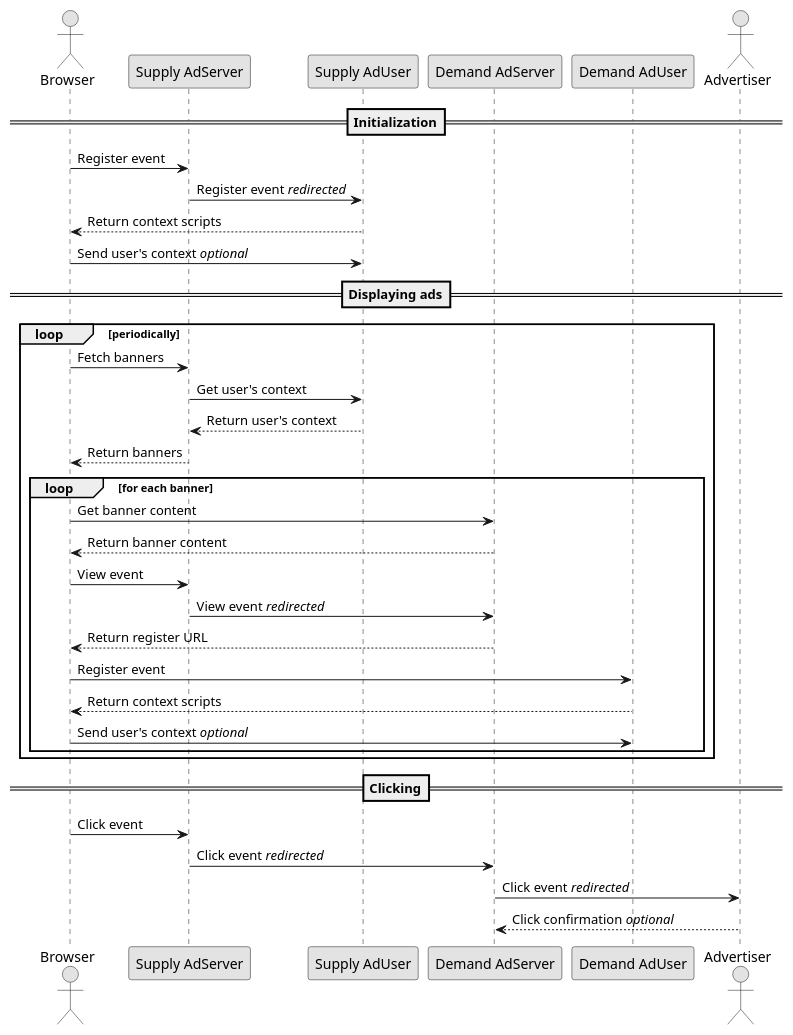
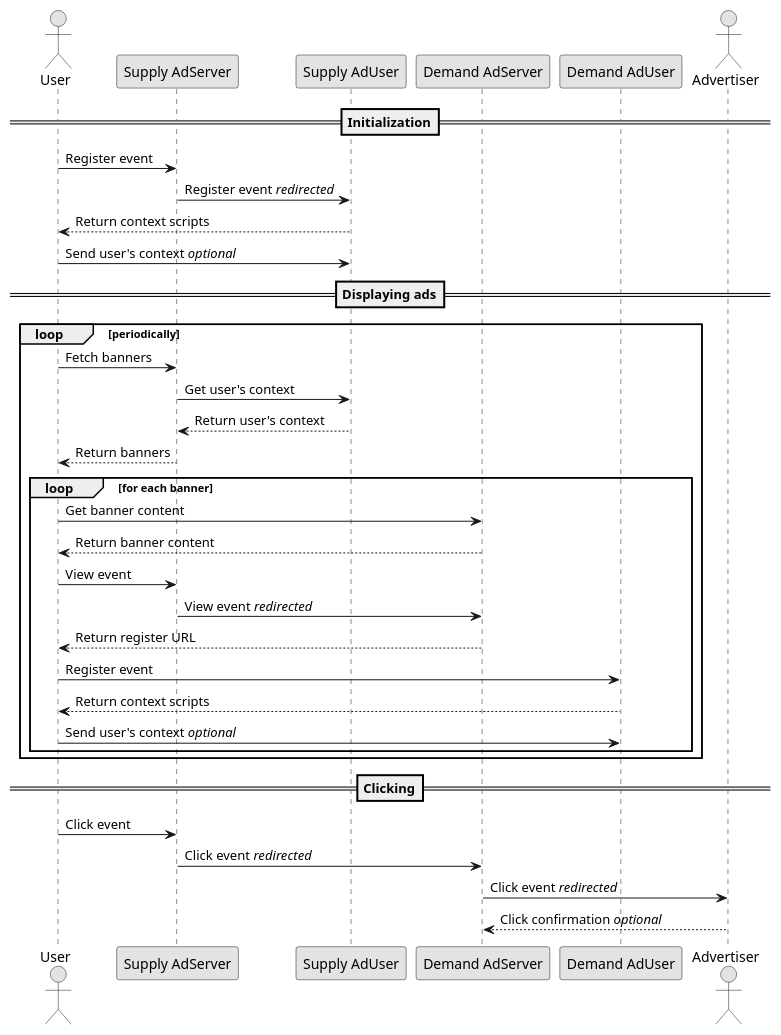
Before and after one commit to adshares/adshares-docs: the diagram in protocol/impressions/index.rst, drawn with PlantUML. The commit also changed other lines of this file and 5 other files, not shown here.

```diff
--- a/protocol/impressions/index.rst
+++ b/protocol/impressions/index.rst
@@ -11,47 +10,47 @@
 .. uml::
     :align: center
     :scale: 80 %
 
     skinparam monochrome true
 
-    actor       "Browser"           as browser
+    actor       "User"              as user
     participant "Supply AdServer"   as supplyServer
     participant "Supply AdUser"     as supplyUser
     participant "Demand AdServer"   as demandServer
     participant "Demand AdUser"     as demandUser
     actor       "Advertiser"        as advertiser
 
     ==Initialization==
 
-    browser -> supplyServer : Register event
+    user -> supplyServer : Register event
     supplyServer -> supplyUser : Register event //redirected//
-    supplyUser --> browser: Return context scripts
-    browser -> supplyUser: Send user's context //optional//
+    supplyUser --> user: Return context scripts
+    user -> supplyUser: Send user's context //optional//
 
     ==Displaying ads==
 
     loop periodically
-        browser -> supplyServer : Fetch banners
+        user -> supplyServer : Fetch banners
         supplyServer -> supplyUser : Get user's context
         supplyUser --> supplyServer : Return user's context
-        supplyServer --> browser : Return banners
+        supplyServer --> user : Return banners
 
         loop for each banner
-            browser -> demandServer : Get banner content
-            demandServer --> browser : Return banner content
+            user -> demandServer : Get banner content
+            demandServer --> user : Return banner content
 
-            browser -> supplyServer : View event
+            user -> supplyServer : View event
             supplyServer -> demandServer: View event //redirected//
-            demandServer --> browser: Return register URL
-            browser -> demandUser : Register event
-            demandUser --> browser: Return context scripts
-            browser -> demandUser: Send user's context //optional//
+            demandServer --> user: Return register URL
+            user -> demandUser : Register event
+            demandUser --> user: Return context scripts
+            user -> demandUser: Send user's context //optional//
         end
     end
 
     ==Clicking==
 
-    browser -> supplyServer : Click event
+    user -> supplyServer : Click event
     supplyServer -> demandServer : Click event //redirected//
     demandServer -> advertiser : Click event //redirected//
     advertiser --> demandServer: Click confirmation //optional//
```
